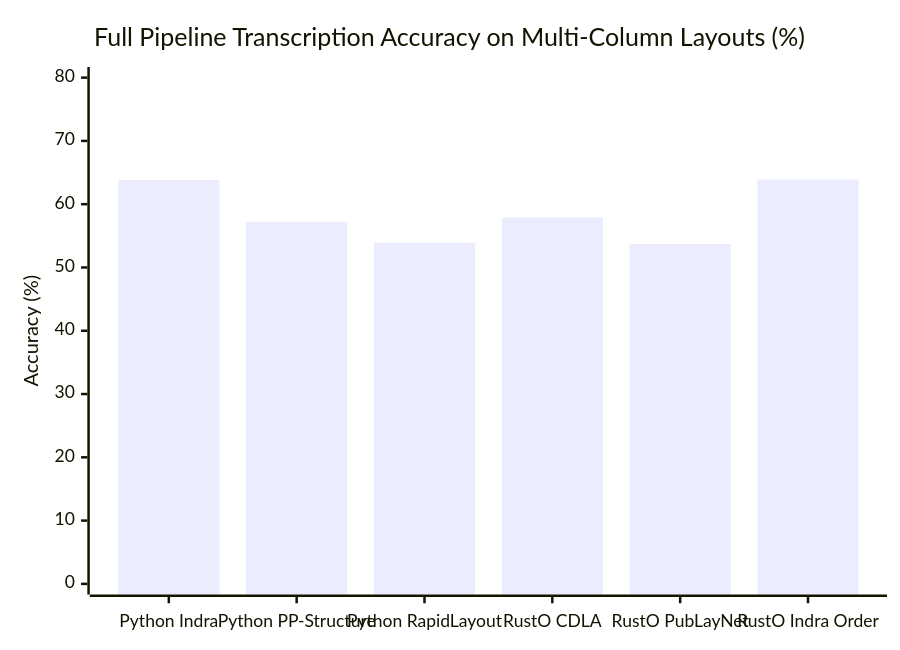
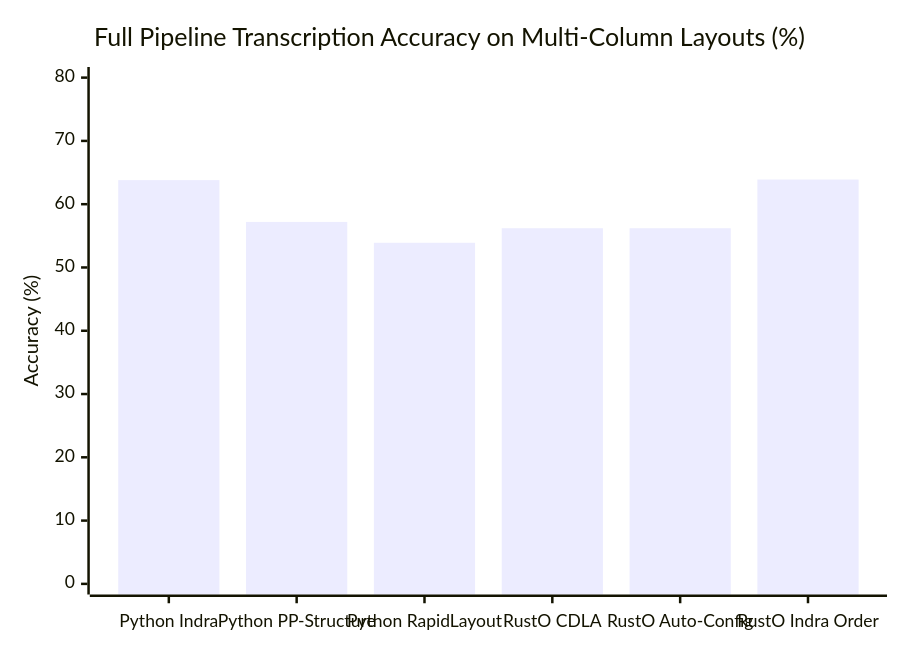
One commit to byrizki/rusto-rs changed the fourth of 5 diagrams in benchmarks/omnidocbench/OMNIDOCBENCH_EVALUATION_REPORT.md. Above: the diagram before and after it, drawn with Mermaid. The commit also changed other lines of this file and 66 other files, not shown here.

````diff
--- a/benchmarks/omnidocbench/OMNIDOCBENCH_EVALUATION_REPORT.md
+++ b/benchmarks/omnidocbench/OMNIDOCBENCH_EVALUATION_REPORT.md
@@ -122,7 +124,7 @@
 ```mermaid
 xychart-beta
     title "Full Pipeline Transcription Accuracy on Multi-Column Layouts (%)"
-    x-axis ["Python Indra", "Python PP-Structure", "Python RapidLayout", "RustO CDLA", "RustO PubLayNet", "RustO Indra Order"]
+    x-axis ["Python Indra", "Python PP-Structure", "Python RapidLayout", "RustO CDLA", "RustO Auto-Config", "RustO Indra Order"]
     y-axis "Accuracy (%)" 0 --> 80
-    bar [63.8, 57.2, 53.9, 57.9, 53.7, 63.9]
+    bar [63.8, 57.2, 53.9, 56.2, 56.2, 63.9]
 ```
````
